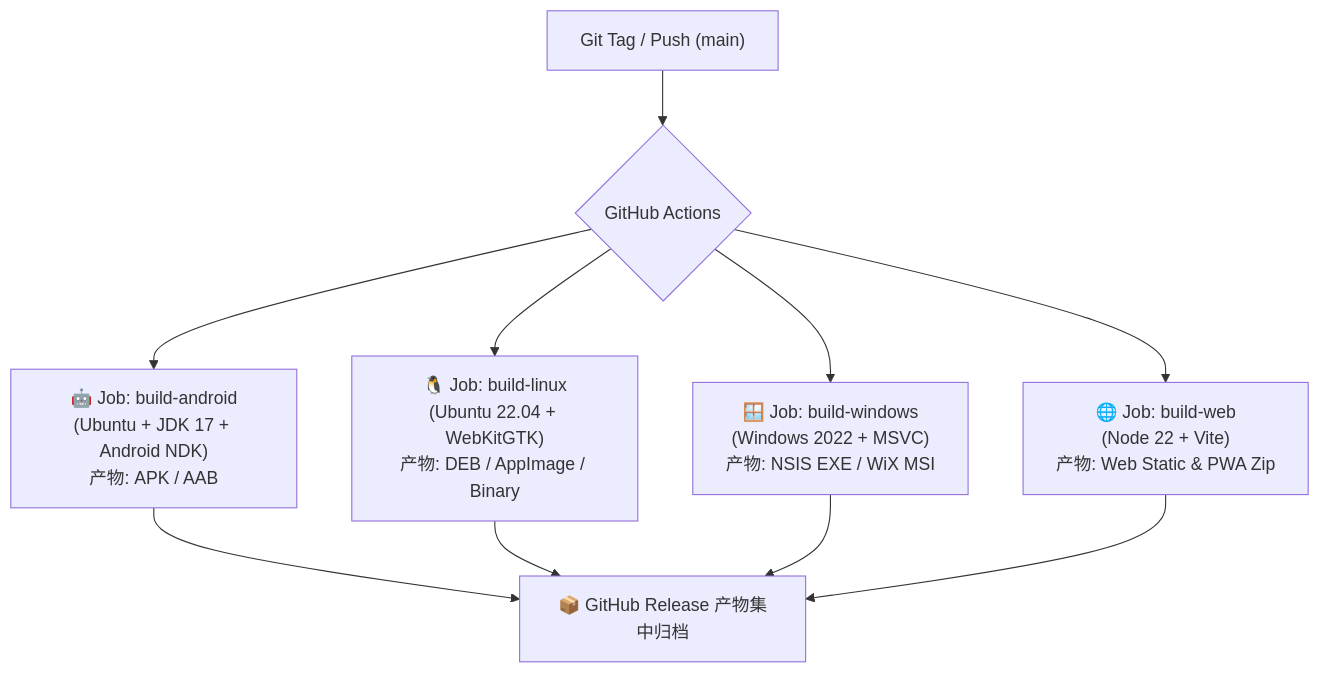
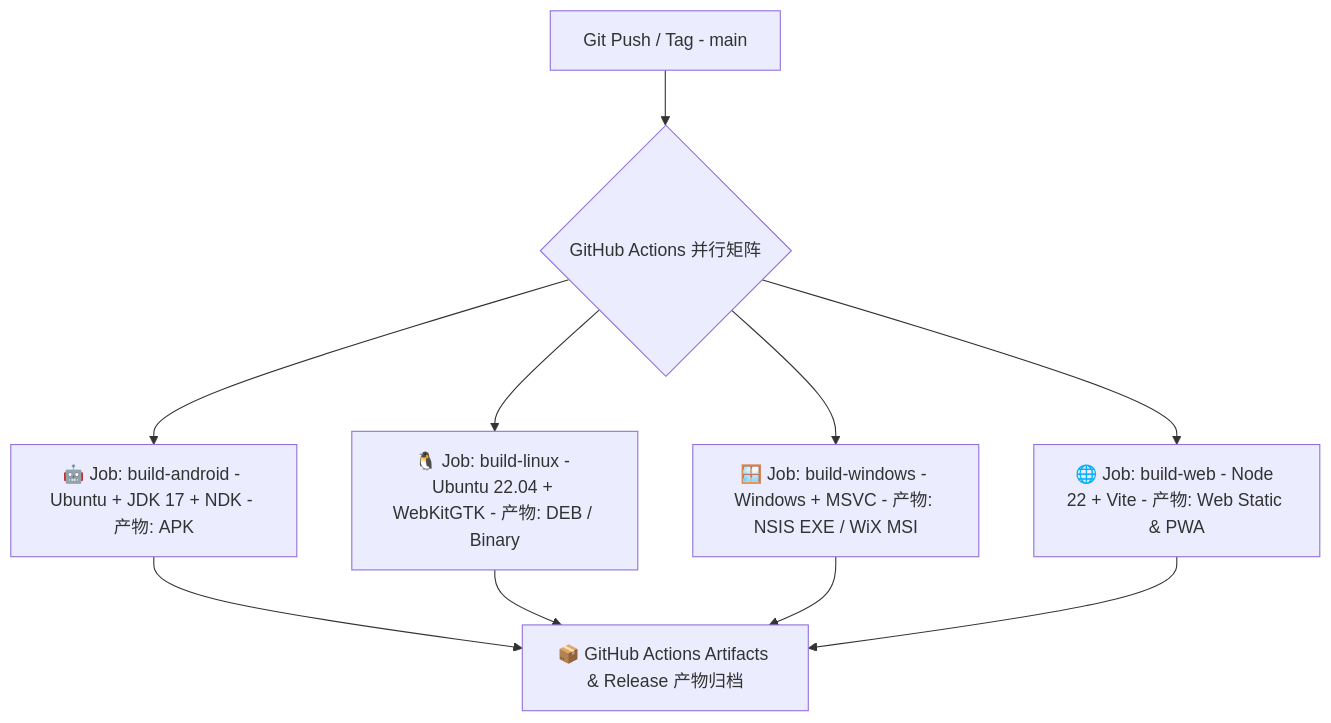
One commit to TfiyuenLau/Word-Guess-Assistant changed the fourth of 4 diagrams in README.md. Above: the diagram before and after it, drawn with Mermaid. The commit also changed other lines of this file and 4 other files, not shown here.

Commit message:
fix(ci,docs): fix protoc & android SDK setup in GitHub Actions and clean up README mermaid diagrams

````diff
--- a/README.md
+++ b/README.md
@@ -647,12 +583,12 @@
 ```mermaid
 flowchart TD
-    GitPush["Git Tag / Push (main)"] --> Flow{GitHub Actions}
-    Flow --> JobAndroid["🤖 Job: build-android<br/>(Ubuntu + JDK 17 + Android NDK)<br/>产物: APK / AAB"]
-    Flow --> JobLinux["🐧 Job: build-linux<br/>(Ubuntu 22.04 + WebKitGTK)<br/>产物: DEB / AppImage / Binary"]
-    Flow --> JobWin["🪟 Job: build-windows<br/>(Windows 2022 + MSVC)<br/>产物: NSIS EXE / WiX MSI"]
-    Flow --> JobWeb["🌐 Job: build-web<br/>(Node 22 + Vite)<br/>产物: Web Static & PWA Zip"]
-    JobAndroid --> Artifacts["📦 GitHub Release 产物集中归档"]
+    GitPush["Git Push / Tag - main"] --> Flow{"GitHub Actions 并行矩阵"}
+    Flow --> JobAndroid["🤖 Job: build-android - Ubuntu + JDK 17 + NDK - 产物: APK"]
+    Flow --> JobLinux["🐧 Job: build-linux - Ubuntu 22.04 + WebKitGTK - 产物: DEB / Binary"]
+    Flow --> JobWin["🪟 Job: build-windows - Windows + MSVC - 产物: NSIS EXE / WiX MSI"]
+    Flow --> JobWeb["🌐 Job: build-web - Node 22 + Vite - 产物: Web Static & PWA"]
+    JobAndroid --> Artifacts["📦 GitHub Actions Artifacts & Release 产物归档"]
     JobLinux --> Artifacts
     JobWin --> Artifacts
     JobWeb --> Artifacts
 ```
````
